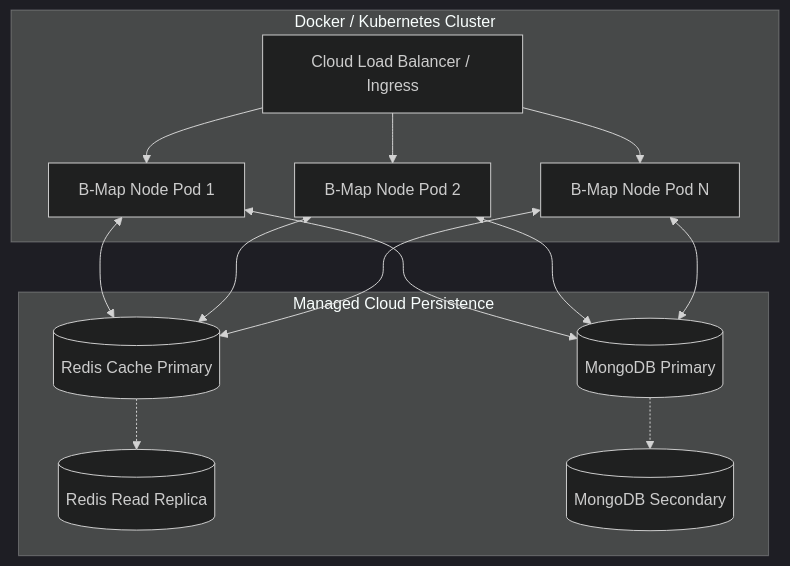
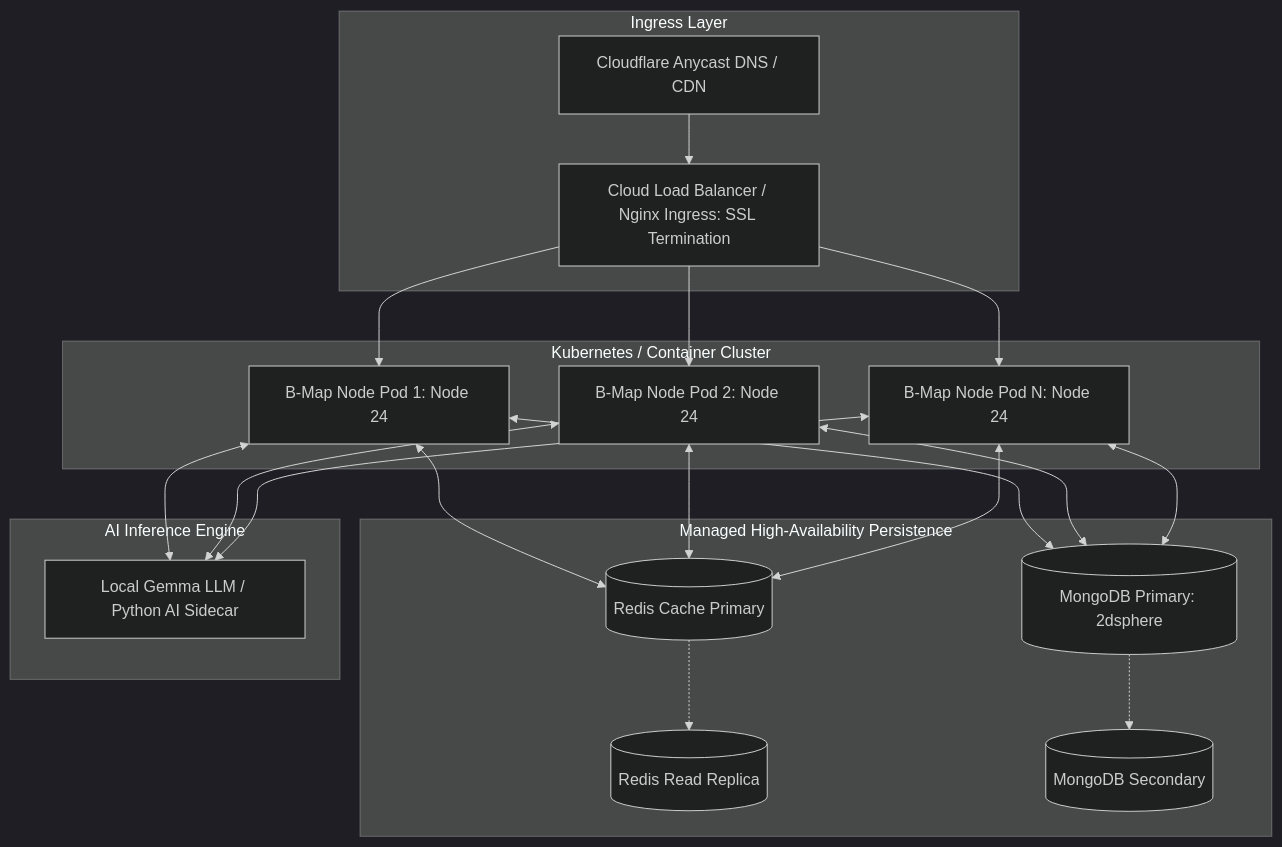
The sixth of 14 diagrams in architecture.md (maitijit89/B-Map-Backend), drawn with Mermaid (dark theme) before and after one commit. The commit also changed other lines of this file and 130 other files, not shown here.

````diff
--- a/architecture.md
+++ b/architecture.md
@@ -305,30 +440,43 @@
 ```mermaid
 graph TB
-    subgraph Cloud_Infrastructure [Docker / Kubernetes Cluster]
-        LoadBalancer[Cloud Load Balancer / Ingress]
-        Node1[B-Map Node Pod 1]
-        Node2[B-Map Node Pod 2]
-        NodeN[B-Map Node Pod N]
+    subgraph Ingress_Load_Balancing [Ingress Layer]
+        DNS[Cloudflare Anycast DNS / CDN]
+        LB[Cloud Load Balancer / Nginx Ingress: SSL Termination]
     end
 
-    subgraph Data_Services [Managed Cloud Persistence]
+    subgraph Compute_Cluster [Kubernetes / Container Cluster]
+        Pod1[B-Map Node Pod 1: Node 24]
+        Pod2[B-Map Node Pod 2: Node 24]
+        PodN[B-Map Node Pod N: Node 24]
+    end
+
+    subgraph Data_Services [Managed High-Availability Persistence]
         RedisPrimary[(Redis Cache Primary)]
         RedisReplica[(Redis Read Replica)]
-        MongoPrimary[(MongoDB Primary)]
+        MongoPrimary[(MongoDB Primary: 2dsphere)]
         MongoSec[(MongoDB Secondary)]
     end
 
-    LoadBalancer --> Node1
-    LoadBalancer --> Node2
-    LoadBalancer --> NodeN
+    subgraph AI_Copilot_Sidecar [AI Inference Engine]
+        GemmaEngine[Local Gemma LLM / Python AI Sidecar]
+    end
 
-    Node1 <--> RedisPrimary
-    Node2 <--> RedisPrimary
-    NodeN <--> RedisPrimary
+    DNS --> LB
+    LB --> Pod1
+    LB --> Pod2
+    LB --> PodN
+
+    Pod1 <--> RedisPrimary
+    Pod2 <--> RedisPrimary
+    PodN <--> RedisPrimary
     RedisPrimary -.-> RedisReplica
 
-    Node1 <--> MongoPrimary
-    Node2 <--> MongoPrimary
-    NodeN <--> MongoPrimary
+    Pod1 <--> MongoPrimary
+    Pod2 <--> MongoPrimary
+    PodN <--> MongoPrimary
     MongoPrimary -.-> MongoSec
+
+    Pod1 <--> GemmaEngine
+    Pod2 <--> GemmaEngine
+    PodN <--> GemmaEngine
 ```
````
